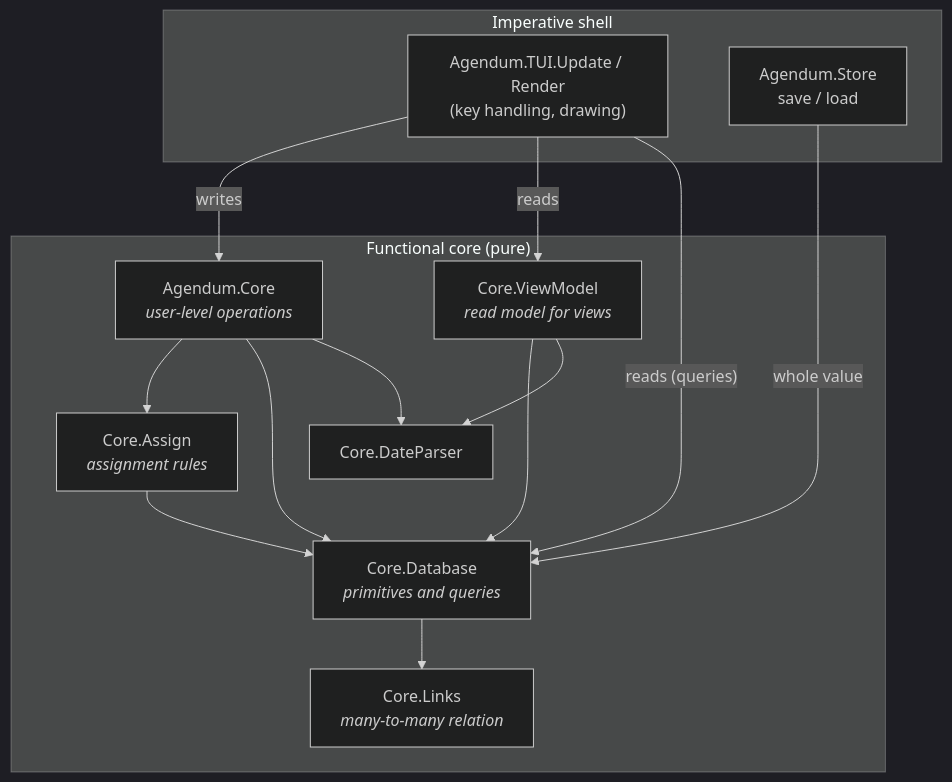
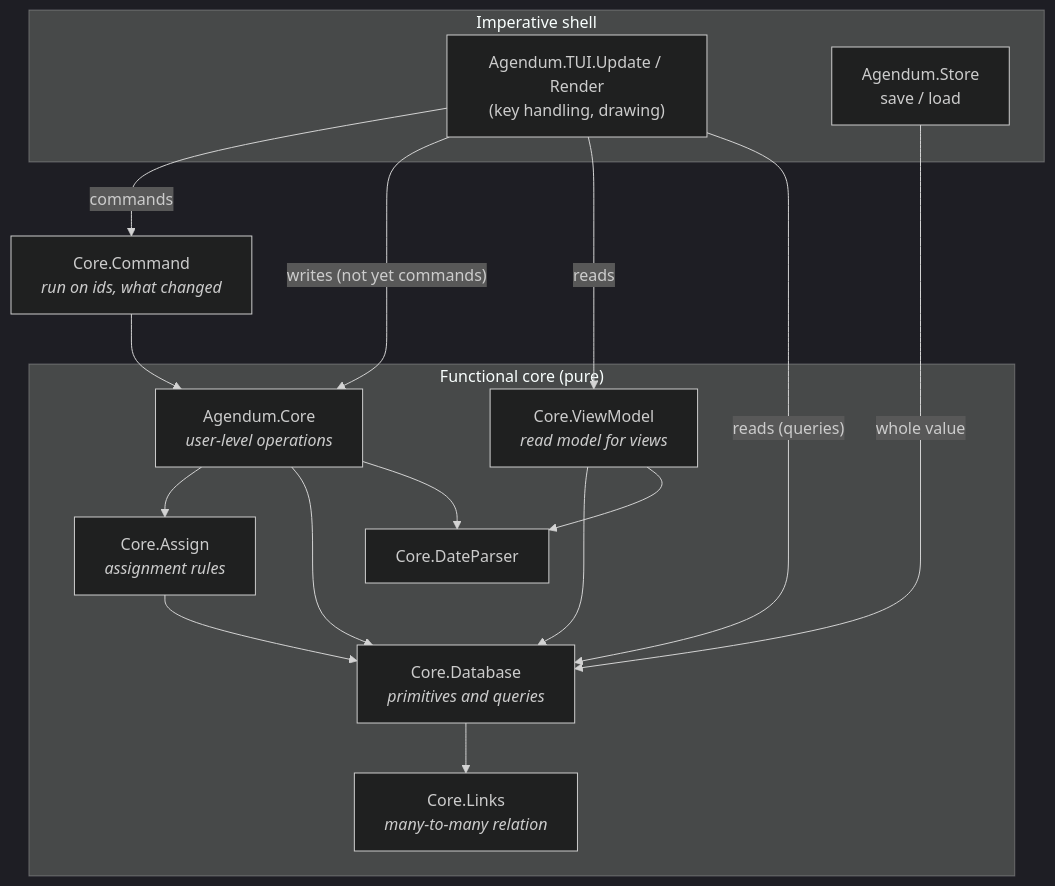
One commit to jamting/agendum changed the first of 7 diagrams in docs/DATA_ACCESS.md. Above: the diagram before and after it, drawn with Mermaid (dark theme). The commit also changed other lines of this file and 17 other files, not shown here.

First line of the commit message:
Command layer: core commands on ids, returning what changed (R66)

````diff
--- a/docs/DATA_ACCESS.md
+++ b/docs/DATA_ACCESS.md
@@ -9,26 +9,28 @@
 ```mermaid
 flowchart TB
     subgraph shell ["Imperative shell"]
         TUI["Agendum.TUI.Update / Render<br/>(key handling, drawing)"]
         Store["Agendum.Store<br/>save / load"]
     end
     subgraph core ["Functional core (pure)"]
         Facade["Agendum.Core<br/><i>user-level operations</i>"]
         VM["Core.ViewModel<br/><i>read model for views</i>"]
         Assign["Core.Assign<br/><i>assignment rules</i>"]
         DB["Core.Database<br/><i>primitives and queries</i>"]
         DP["Core.DateParser"]
         Links["Core.Links<br/><i>many-to-many relation</i>"]
     end
-    TUI -- "writes" --> Facade
+    TUI -- "commands" --> Cmd["Core.Command<br/><i>run on ids, what changed</i>"]
+    Cmd --> Facade
+    TUI -- "writes (not yet commands)" --> Facade
     TUI -- "reads" --> VM
     TUI -- "reads (queries)" --> DB
     Store -- "whole value" --> DB
     Facade --> Assign
     Facade --> DB
     Facade --> DP
     VM --> DB
     VM --> DP
     Assign --> DB
     DB --> Links
 ```
````
